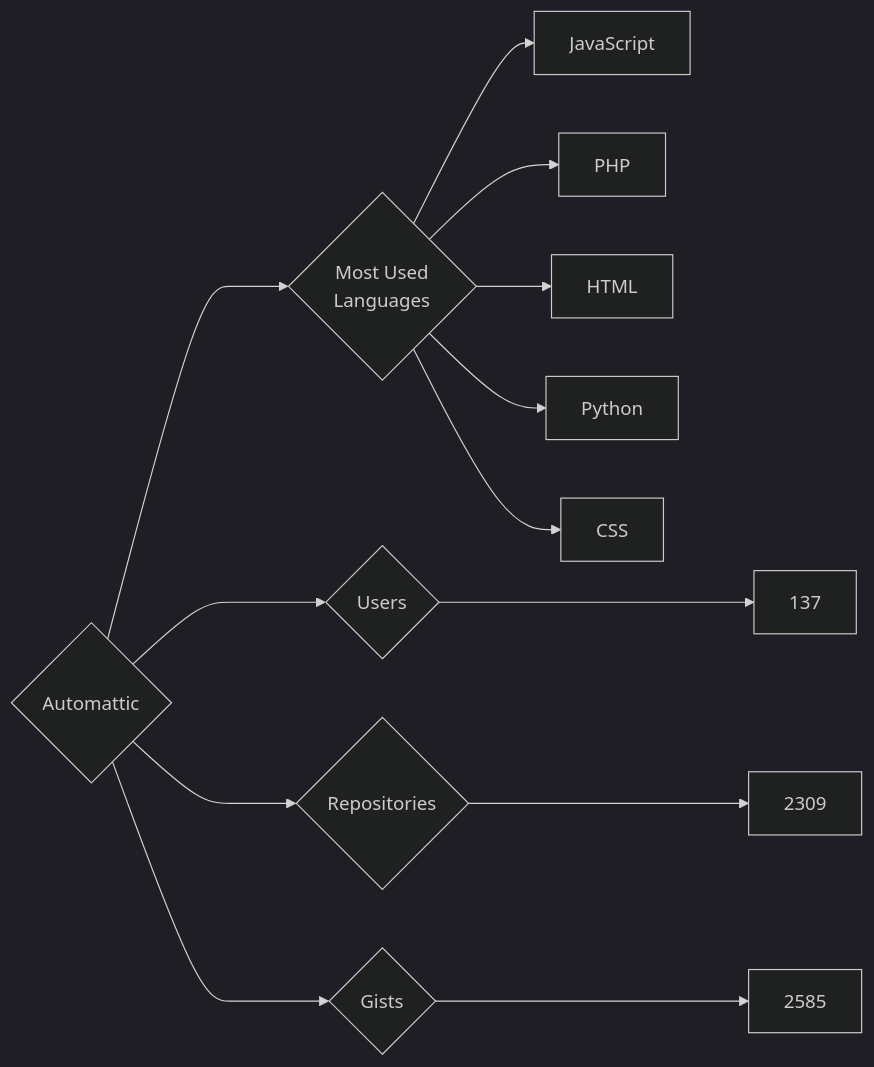
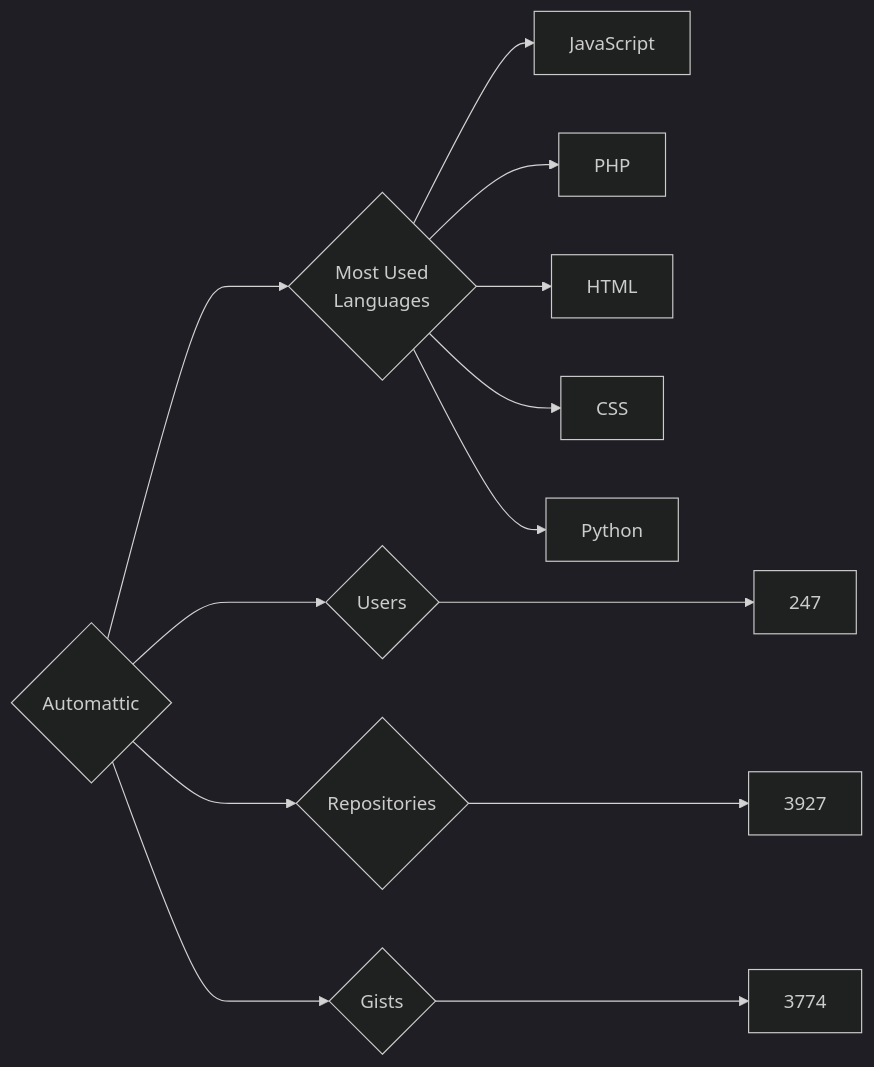
Before and after one commit to trickest/insiders: the diagram in targets/Automattic/README.md, drawn with Mermaid (dark theme). The commit also changed 965 other files, not shown here.

````diff
--- a/targets/Automattic/README.md
+++ b/targets/Automattic/README.md
@@ -3,13 +3,13 @@
 ```mermaid
 graph LR
 COMPANY_NAME{Automattic}
-COMPANY_NAME ---> U{Users} ---> UN[137]
-COMPANY_NAME ---> R{Repositories} ---> RN[2309]
-COMPANY_NAME ---> G{Gists} ---> GN[2585]
+COMPANY_NAME ---> U{Users} ---> UN[247]
+COMPANY_NAME ---> R{Repositories} ---> RN[3927]
+COMPANY_NAME ---> G{Gists} ---> GN[3774]
 COMPANY_NAME ---> ML{Most Used<br>Languages}
 ML --> JavaScript[JavaScript]
 ML --> PHP[PHP]
 ML --> HTML[HTML]
+ML --> CSS[CSS]
 ML --> Python[Python]
-ML --> CSS[CSS]
 ```
````
